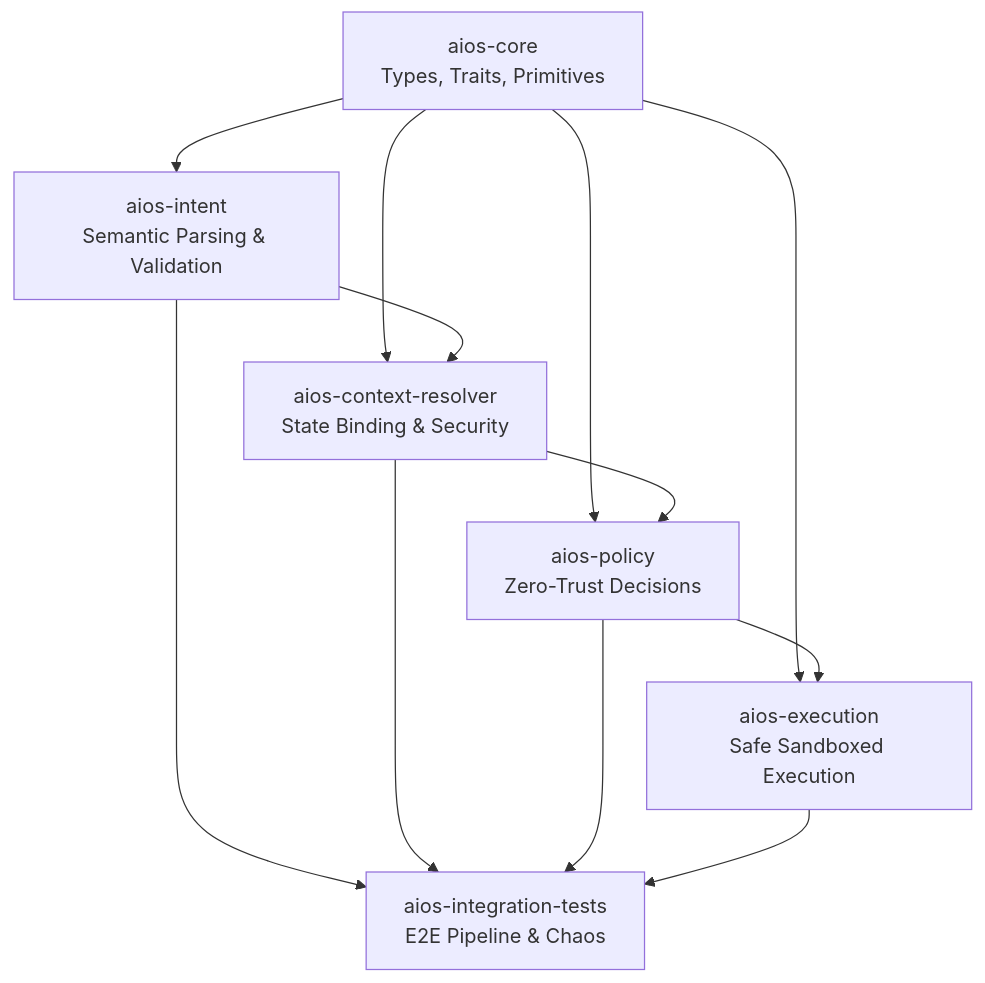
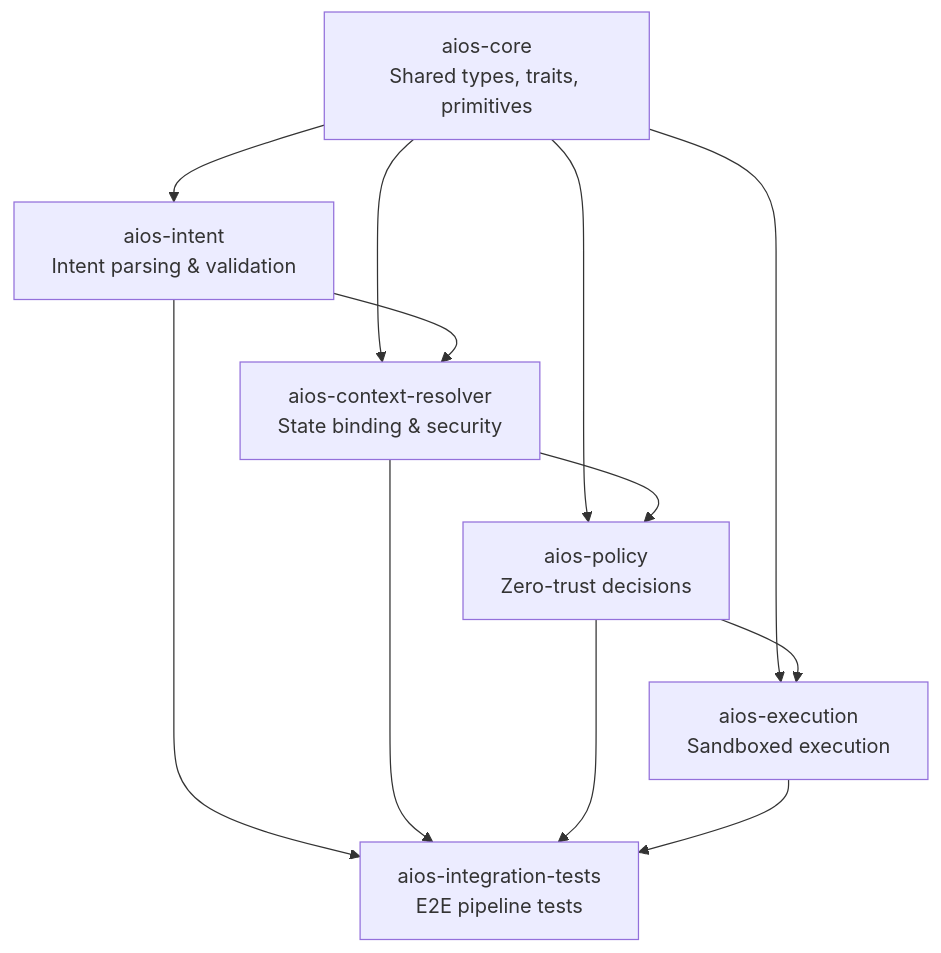
One commit to Nciibi/AIOS changed the second of 6 diagrams in README.md. Above: the diagram before and after it, drawn with Mermaid. The commit also changed other lines of this file, not shown here.

````diff
--- a/README.md
+++ b/README.md
@@ -43,21 +88,21 @@
 ```mermaid
 graph TD
-    Core[aios-core<br/>Types, Traits, Primitives]
-    Intent[aios-intent<br/>Semantic Parsing & Validation]
-    Resolver[aios-context-resolver<br/>State Binding & Security]
-    Policy[aios-policy<br/>Zero-Trust Decisions]
-    Exec[aios-execution<br/>Safe Sandboxed Execution]
-    Tests[aios-integration-tests<br/>E2E Pipeline & Chaos]
+    CORE["aios-core<br/>Shared types, traits, primitives"]
+    INT["aios-intent<br/>Intent parsing & validation"]
+    RES["aios-context-resolver<br/>State binding & security"]
+    POL["aios-policy<br/>Zero-trust decisions"]
+    EXEC["aios-execution<br/>Sandboxed execution"]
+    TESTS["aios-integration-tests<br/>E2E pipeline tests"]
 
-    Core --> Intent
-    Core --> Resolver
-    Core --> Policy
-    Core --> Exec
-    Intent --> Resolver
-    Resolver --> Policy
-    Policy --> Exec
-    Intent --> Tests
-    Resolver --> Tests
-    Policy --> Tests
-    Exec --> Tests
+    CORE --> INT
+    CORE --> RES
+    CORE --> POL
+    CORE --> EXEC
+    INT --> RES
+    RES --> POL
+    POL --> EXEC
+    INT --> TESTS
+    RES --> TESTS
+    POL --> TESTS
+    EXEC --> TESTS
 ```
````
